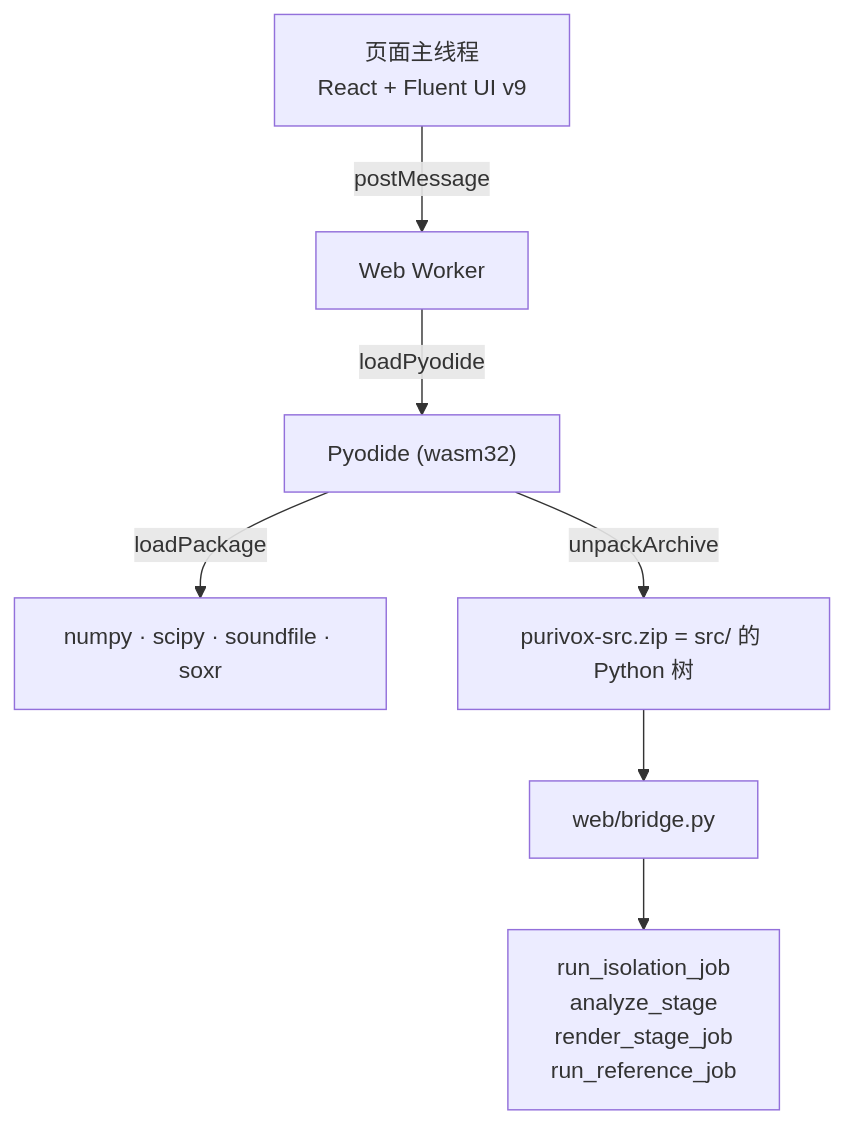
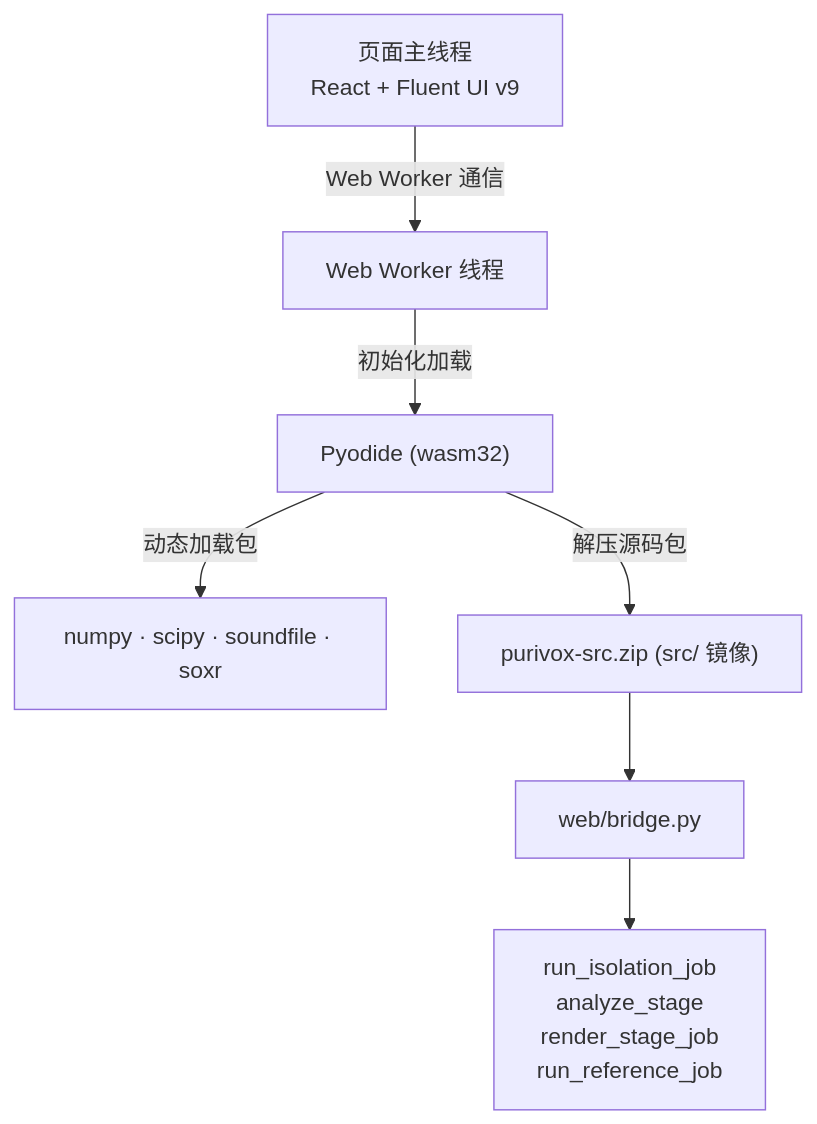
One commit to ChouChiu/Purivox changed the diagram in docs/web.md. Above: the diagram before and after it, drawn with Mermaid. The commit also changed other lines of this file and 15 other files, not shown here.

````diff
--- a/docs/web.md
+++ b/docs/web.md
@@ -24,9 +22,9 @@
 ```mermaid
 flowchart TD
-    ui["页面主线程<br/>React + Fluent UI v9"] -->|postMessage| worker["Web Worker"]
-    worker -->|loadPyodide| pyodide["Pyodide (wasm32)"]
-    pyodide -->|loadPackage| deps["numpy · scipy · soundfile · soxr"]
-    pyodide -->|unpackArchive| sources["purivox-src.zip = src/ 的 Python 树"]
+    ui["页面主线程<br/>React + Fluent UI v9"] -->|Web Worker 通信| worker["Web Worker 线程"]
+    worker -->|初始化加载| pyodide["Pyodide (wasm32)"]
+    pyodide -->|动态加载包| deps["numpy · scipy · soundfile · soxr"]
+    pyodide -->|解压源码包| sources["purivox-src.zip (src/ 镜像)"]
     sources --> bridge["web/bridge.py"]
     bridge --> pipelines["run_isolation_job<br/>analyze_stage<br/>render_stage_job<br/>run_reference_job"]
 ```
````
